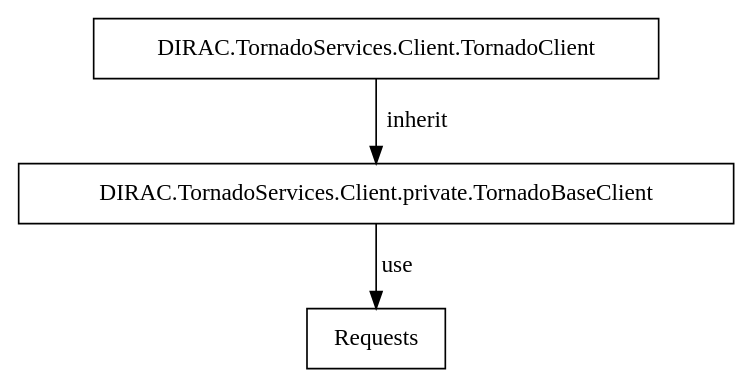
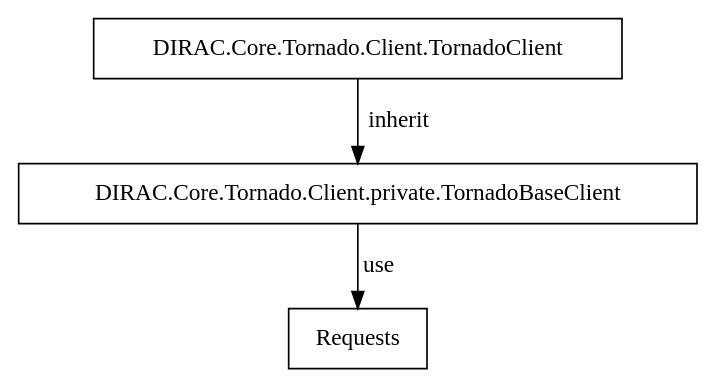
One commit to DIRACGrid/DIRAC changed the second of 2 diagrams in docs/source/DeveloperGuide/TornadoServices/index.rst. Above: the diagram before and after it, drawn with Graphviz. The commit also changed other lines of this file and 35 other files, not shown here.

Commit message:
Moving DIRAC.TornadoServices into DIRAC.Core.Tornado

```diff
--- a/docs/source/DeveloperGuide/TornadoServices/index.rst
+++ b/docs/source/DeveloperGuide/TornadoServices/index.rst
@@ -124,10 +124,10 @@
 .. graphviz::
 
    digraph {
    TornadoClient -> TornadoBaseClient [label=inherit]
    TornadoBaseClient -> Requests [label=use]
 
-   TornadoClient  [shape=polygon,sides=4, label="DIRAC.TornadoServices.Client.TornadoClient"];
-   TornadoBaseClient  [shape=polygon,sides=4, label="DIRAC.TornadoServices.Client.private.TornadoBaseClient"];
+   TornadoClient  [shape=polygon,sides=4, label="DIRAC.Core.Tornado.Client.TornadoClient"];
+   TornadoBaseClient  [shape=polygon,sides=4, label="DIRAC.Core.Tornado.Client.private.TornadoBaseClient"];
    Requests [shape=polygon,sides=4]
    }
```
